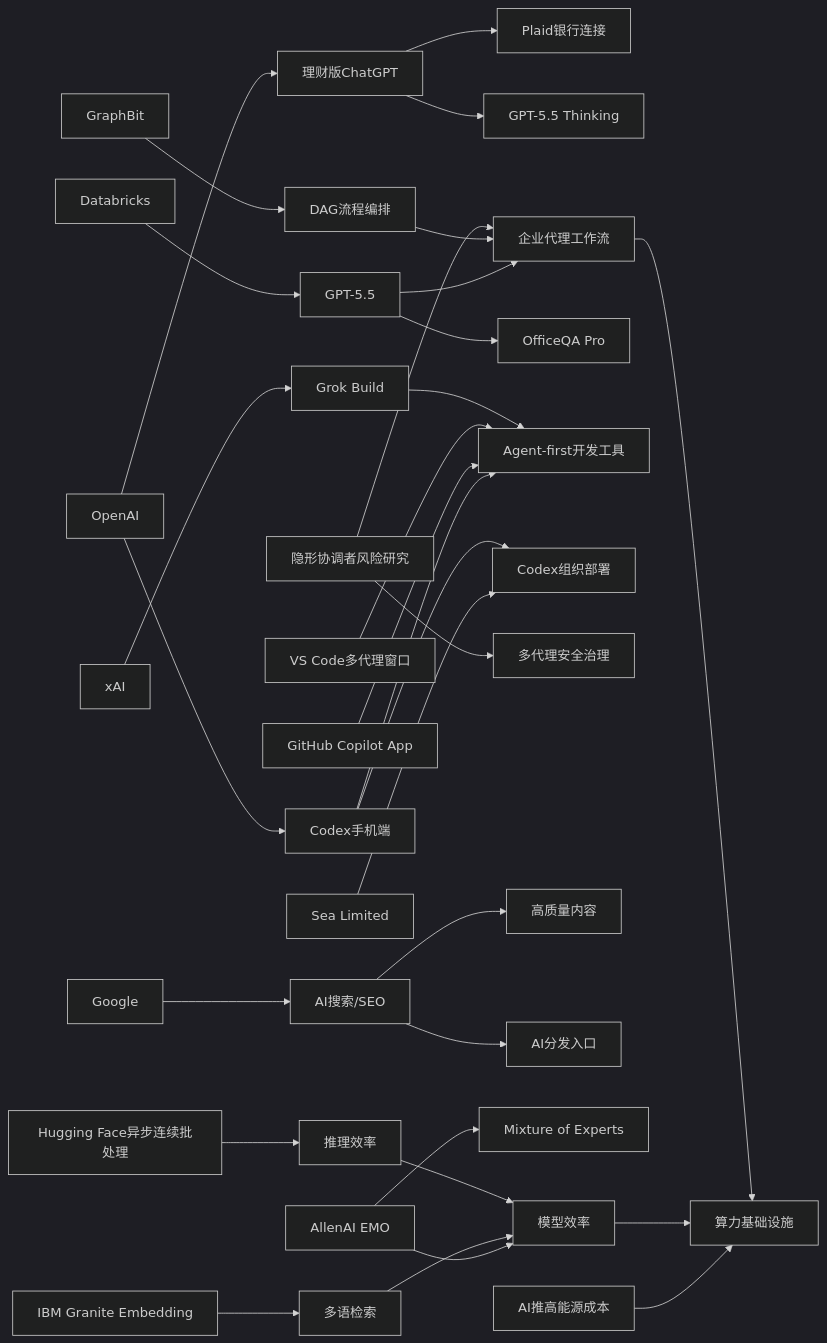
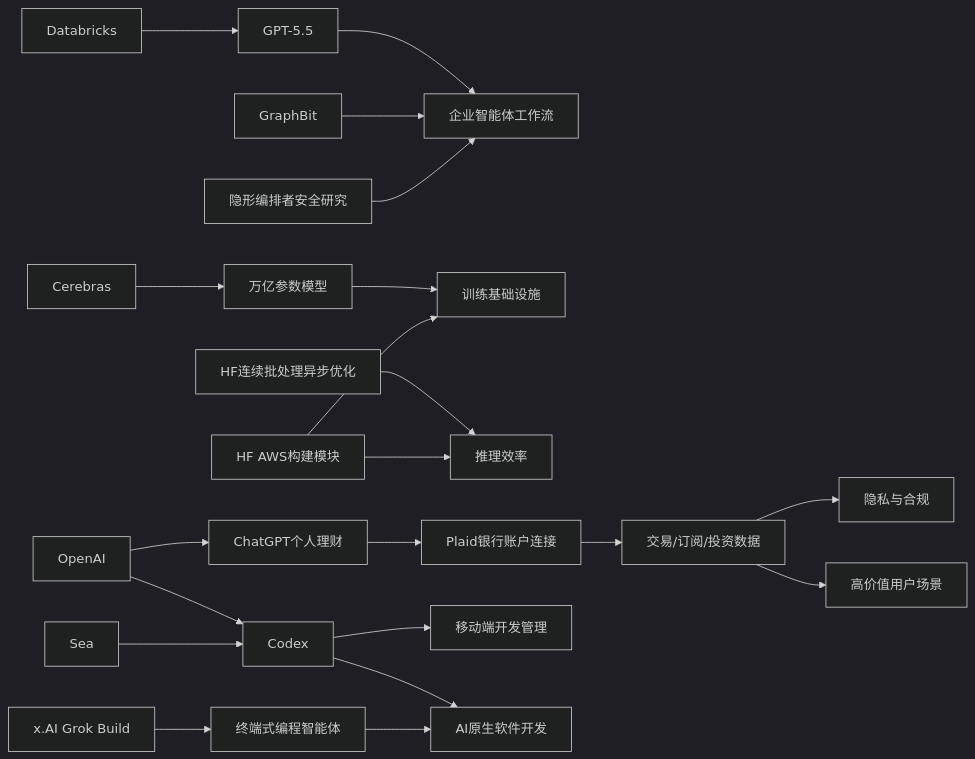
The diagram in content/cn/2026/2026-05/2026-05-16.md (zhuxinfei/ai-daily-site), drawn with Mermaid (dark theme) before and after one commit. The commit also changed other lines of this file, not shown here.

````diff
--- a/content/cn/2026/2026-05/2026-05-16.md
+++ b/content/cn/2026/2026-05/2026-05-16.md
@@ -110,39 +110,26 @@
 ```mermaid
 graph LR
-    OpenAI[OpenAI] --> CodexMobile[Codex手机端]
-    OpenAI --> FinanceGPT[理财版ChatGPT]
-    FinanceGPT --> Plaid[Plaid银行连接]
-    FinanceGPT --> GPT55Thinking[GPT-5.5 Thinking]
+    A[Databricks] --> B[GPT-5.5]
+    B --> C[企业智能体工作流]
+    D[GraphBit] --> C
+    E[隐形编排者安全研究] --> C
 
-    Databricks[Databricks] --> GPT55[GPT-5.5]
-    GPT55 --> EnterpriseAgent[企业代理工作流]
-    GPT55 --> OfficeQA[OfficeQA Pro]
+    F[Cerebras] --> G[万亿参数模型]
+    G --> H[训练基础设施]
+    I[HF连续批处理异步优化] --> J[推理效率]
+    K[HF AWS构建模块] --> H
+    K --> J
 
-    CodexMobile --> AgentFirst[Agent-first开发工具]
-    Copilot[GitHub Copilot App] --> AgentFirst
-    VSCode[VS Code多代理窗口] --> AgentFirst
-    xAI[xAI] --> GrokBuild[Grok Build]
-    Sea[Sea Limited] --> CodexDeploy[Codex组织部署]
-    CodexMobile --> CodexDeploy
-    GrokBuild --> AgentFirst
+    L[OpenAI] --> M[ChatGPT个人理财]
+    M --> N[Plaid银行账户连接]
+    N --> O[交易/订阅/投资数据]
+    O --> P[隐私与合规]
+    O --> Q[高价值用户场景]
 
-    GraphBit[GraphBit] --> DAG[DAG流程编排]
-    DAG --> EnterpriseAgent
-    MultiAgentRisk[隐形协调者风险研究] --> EnterpriseAgent
-    MultiAgentRisk --> Safety[多代理安全治理]
-
-    Google[Google] --> AISEO[AI搜索/SEO]
-    AISEO --> Content[高质量内容]
-    AISEO --> SearchDist[AI分发入口]
-
-    EMO[AllenAI EMO] --> MoE[Mixture of Experts]
-    IBM[IBM Granite Embedding] --> Retrieval[多语检索]
-    HF[Hugging Face异步连续批处理] --> Inference[推理效率]
-    EMO --> Efficiency[模型效率]
-    Retrieval --> Efficiency
-    Inference --> Efficiency
-
-    Energy[AI推高能源成本] --> Infra[算力基础设施]
-    Efficiency --> Infra
-    EnterpriseAgent --> Infra
+    L --> R[Codex]
+    R --> S[移动端开发管理]
+    T[Sea] --> R
+    U[x.AI Grok Build] --> V[终端式编程智能体]
+    R --> W[AI原生软件开发]
+    V --> W
 ```
````
